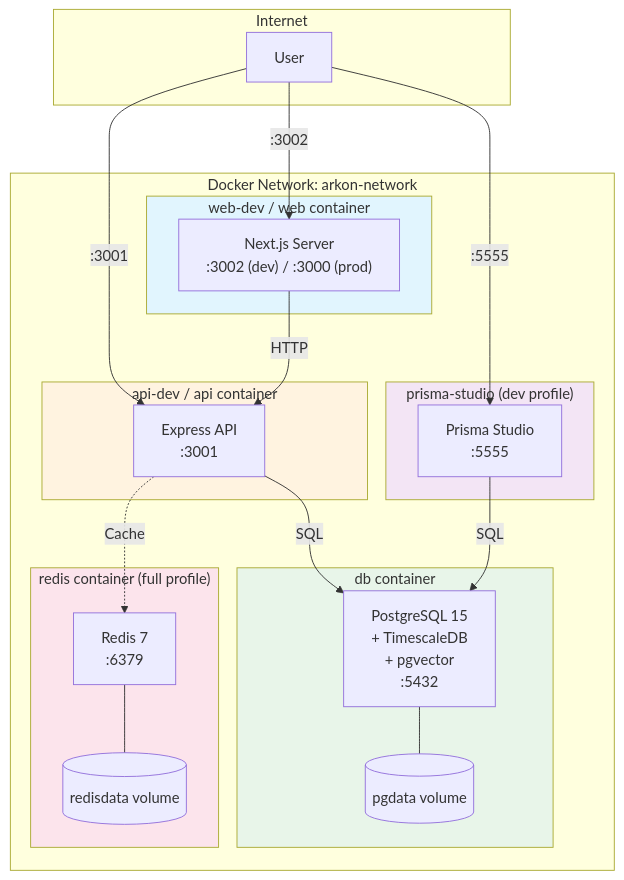
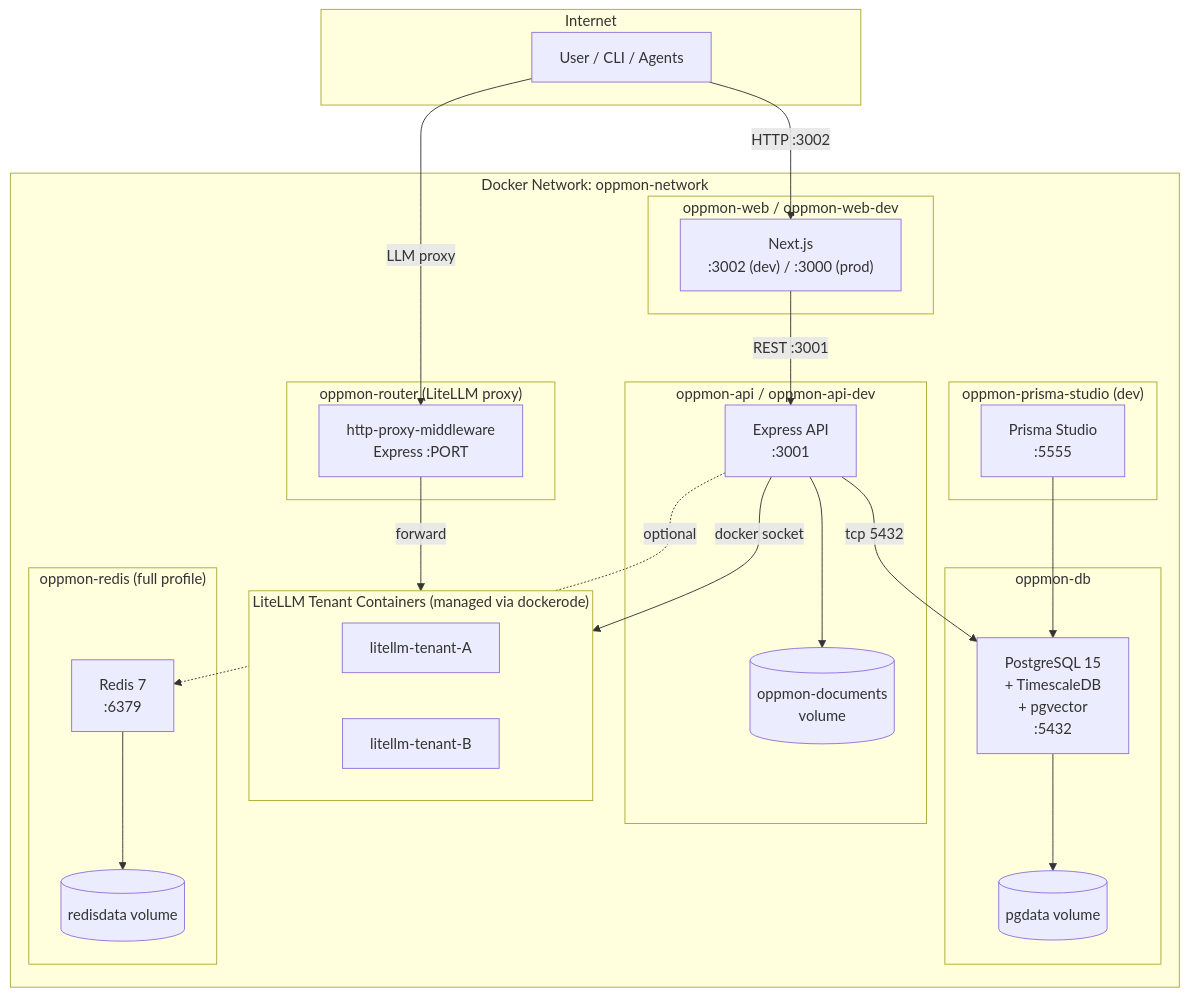
The diagram in docs/diagrams/deployment.md (thachrocky12345/oppmon-agentic-workstation), drawn with Mermaid before and after one commit. The commit also changed other lines of this file and 48 other files, not shown here.

````diff
--- a/docs/diagrams/deployment.md
+++ b/docs/diagrams/deployment.md
@@ -9,46 +9,52 @@
 ```mermaid
 graph TB
     subgraph Internet["Internet"]
-        User["User"]
+        User["User / CLI / Agents"]
     end
 
-    subgraph DockerNetwork["Docker Network: arkon-network"]
-        subgraph WebContainer["web-dev / web container"]
-            NextJS["Next.js Server<br/>:3002 (dev) / :3000 (prod)"]
+    subgraph DockerNetwork["Docker Network: oppmon-network"]
+        subgraph WebContainer["oppmon-web / oppmon-web-dev"]
+            NextJS["Next.js<br/>:3002 (dev) / :3000 (prod)"]
         end
 
-        subgraph APIContainer["api-dev / api container"]
+        subgraph APIContainer["oppmon-api / oppmon-api-dev"]
             Express["Express API<br/>:3001"]
+            DocVol[("oppmon-documents<br/>volume")]
         end
 
-        subgraph DBContainer["db container"]
+        subgraph RouterContainer["oppmon-router (LiteLLM proxy)"]
+            RouterSvc["http-proxy-middleware<br/>Express :PORT"]
+        end
+
+        subgraph LiteLLMSwarm["LiteLLM Tenant Containers (managed via dockerode)"]
+            LL1["litellm-tenant-A"]
+            LL2["litellm-tenant-B"]
+        end
+
+        subgraph DBContainer["oppmon-db"]
             Postgres["PostgreSQL 15<br/>+ TimescaleDB<br/>+ pgvector<br/>:5432"]
             PGData[("pgdata volume")]
         end
 
-        subgraph RedisContainer["redis container (full profile)"]
+        subgraph RedisContainer["oppmon-redis (full profile)"]
             Redis["Redis 7<br/>:6379"]
             RedisData[("redisdata volume")]
         end
 
-        subgraph StudioContainer["prisma-studio (dev profile)"]
+        subgraph StudioContainer["oppmon-prisma-studio (dev)"]
             Studio["Prisma Studio<br/>:5555"]
         end
     end
 
-    User -->|":3002"| NextJS
-    User -->|":3001"| Express
-    User -->|":5555"| Studio
-    NextJS -->|"HTTP"| Express
-    Express -->|"SQL"| Postgres
-    Express -.->|"Cache"| Redis
-    Studio -->|"SQL"| Postgres
-    Postgres --- PGData
-    Redis --- RedisData
-
-    style WebContainer fill:#e1f5fe
-    style APIContainer fill:#fff3e0
-    style DBContainer fill:#e8f5e9
-    style RedisContainer fill:#fce4ec
-    style StudioContainer fill:#f3e5f5
+    User -->|HTTP :3002| NextJS
+    NextJS -->|REST :3001| Express
+    User -->|LLM proxy| RouterSvc
+    RouterSvc -->|forward| LiteLLMSwarm
+    Express -->|tcp 5432| Postgres
+    Express -.->|optional| Redis
+    Express -->|docker socket| LiteLLMSwarm
+    Express --> DocVol
+    Studio --> Postgres
+    Postgres --> PGData
+    Redis --> RedisData
 ```
````
